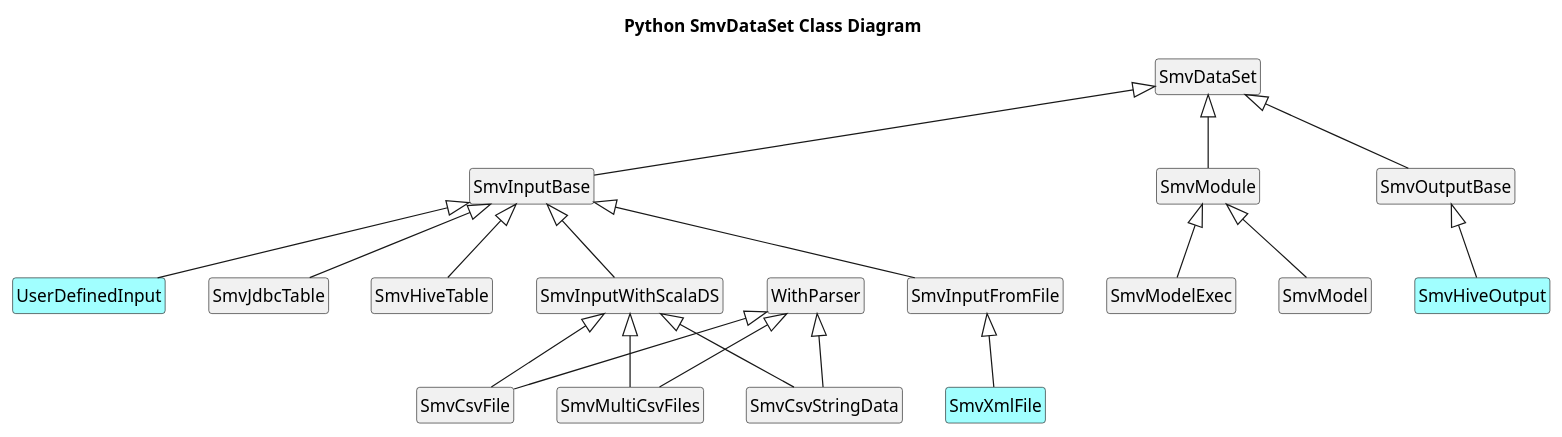
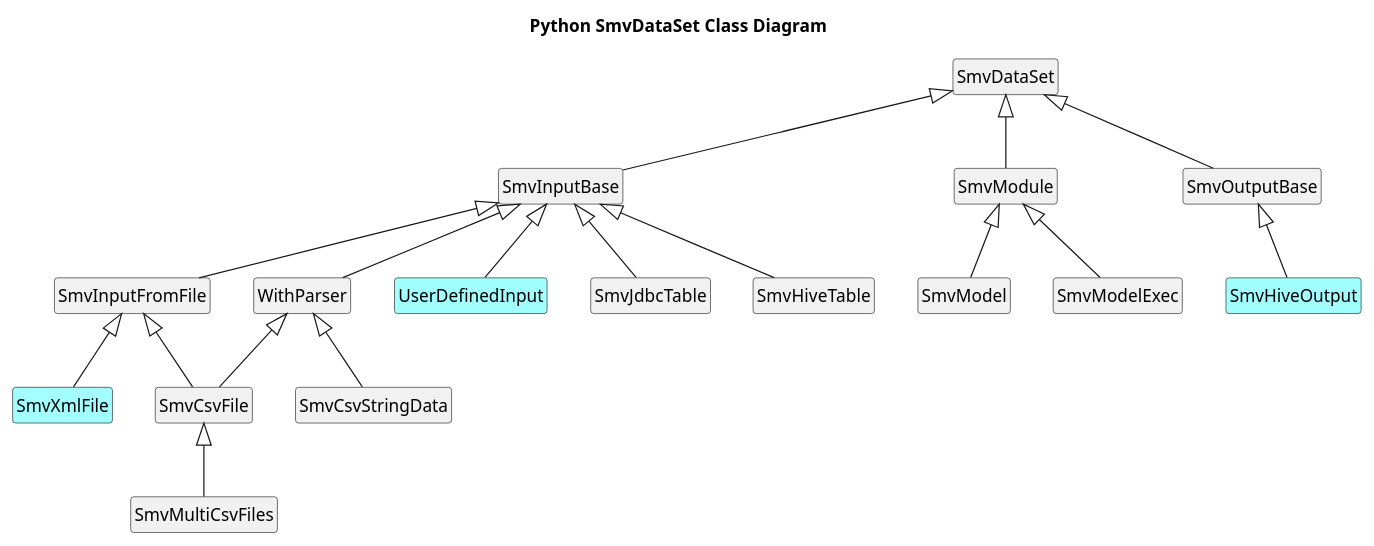
One commit to TresAmigosSD/SMV changed the diagram in docs/dev/SmvDataSet_python_reorg/py_api_class.puml. Above: the diagram before and after it, drawn with PlantUML. The commit also changed 3 other files, not shown here.

```diff
--- a/docs/dev/SmvDataSet_python_reorg/py_api_class.puml
+++ b/docs/dev/SmvDataSet_python_reorg/py_api_class.puml
@@ -1,30 +1,29 @@
 @startuml
 
 title Python SmvDataSet Class Diagram
 
 hide empty methods
 hide empty fields
 hide circle
 
 class SmvDataSet
 class SmvInputBase extends SmvDataSet
 class SmvModule extends SmvDataSet
 class SmvOutputBase extends SmvDataSet
 
-class SmvInputWithScalaDS extends SmvInputBase
 class SmvInputFromFile extends SmvInputBase
+class WithParser extends SmvInputBase
 class UserDefinedInput #A1FFFF extends SmvInputBase
 class SmvXmlFile #A1FFFF extends SmvInputFromFile
-class WithParser
 
-class SmvCsvFile extends WithParser, SmvInputWithScalaDS
-class SmvMultiCsvFiles extends WithParser, SmvInputWithScalaDS
-class SmvCsvStringData extends WithParser, SmvInputWithScalaDS
+class SmvCsvFile extends WithParser, SmvInputFromFile
+class SmvMultiCsvFiles extends SmvCsvFile
+class SmvCsvStringData extends WithParser
 class SmvJdbcTable extends SmvInputBase
 class SmvHiveTable extends SmvInputBase
 
 class SmvModel extends SmvModule
 class SmvModelExec extends SmvModule
 
 class SmvHiveOutput #A1FFFF extends SmvOutputBase
 @enduml
```
